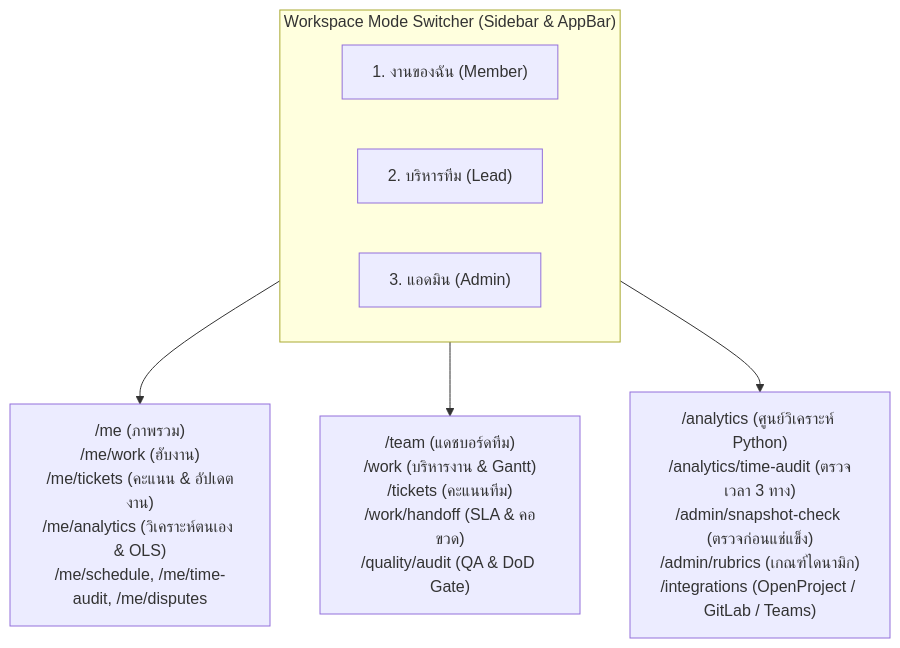
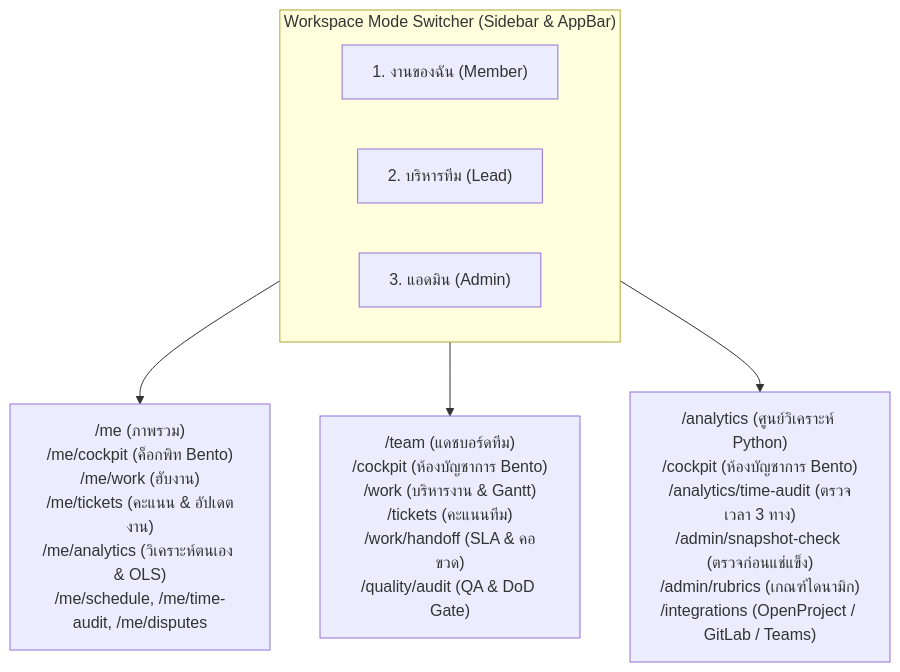
One commit to chanachaipmgeng/myTask changed the diagram in docs/คู่มือ.md. Above: the diagram before and after it, drawn with Mermaid. The commit also changed other lines of this file and 16 other files, not shown here.

First line of the commit message:
feat(cockpit): add modern bento grid cockpit and advanced syncfusion analytics

````diff
--- a/docs/คู่มือ.md
+++ b/docs/คู่มือ.md
@@ -118,12 +118,12 @@
 ```mermaid
 flowchart TD
     subgraph Switcher["Workspace Mode Switcher (Sidebar & AppBar)"]
         direction LR
         M["1. งานของฉัน (Member)"]
         L["2. บริหารทีม (Lead)"]
         A["3. แอดมิน (Admin)"]
     end
-    M --> M_Routes["/me (ภาพรวม)<br>/me/work (ฮับงาน)<br>/me/tickets (คะแนน & อัปเดตงาน)<br>/me/analytics (วิเคราะห์ตนเอง & OLS)<br>/me/schedule, /me/time-audit, /me/disputes"]
-    L --> L_Routes["/team (แดชบอร์ดทีม)<br>/work (บริหารงาน & Gantt)<br>/tickets (คะแนนทีม)<br>/work/handoff (SLA & คอขวด)<br>/quality/audit (QA & DoD Gate)"]
-    A --> A_Routes["/analytics (ศูนย์วิเคราะห์ Python)<br>/analytics/time-audit (ตรวจเวลา 3 ทาง)<br>/admin/snapshot-check (ตรวจก่อนแช่แข็ง)<br>/admin/rubrics (เกณฑ์ไดนามิก)<br>/integrations (OpenProject / GitLab / Teams)"]
+    M --> M_Routes["/me (ภาพรวม)<br>/me/cockpit (ค็อกพิท Bento)<br>/me/work (ฮับงาน)<br>/me/tickets (คะแนน & อัปเดตงาน)<br>/me/analytics (วิเคราะห์ตนเอง & OLS)<br>/me/schedule, /me/time-audit, /me/disputes"]
+    L --> L_Routes["/team (แดชบอร์ดทีม)<br>/cockpit (ห้องบัญชาการ Bento)<br>/work (บริหารงาน & Gantt)<br>/tickets (คะแนนทีม)<br>/work/handoff (SLA & คอขวด)<br>/quality/audit (QA & DoD Gate)"]
+    A --> A_Routes["/analytics (ศูนย์วิเคราะห์ Python)<br>/cockpit (ห้องบัญชาการ Bento)<br>/analytics/time-audit (ตรวจเวลา 3 ทาง)<br>/admin/snapshot-check (ตรวจก่อนแช่แข็ง)<br>/admin/rubrics (เกณฑ์ไดนามิก)<br>/integrations (OpenProject / GitLab / Teams)"]
 ```
````
